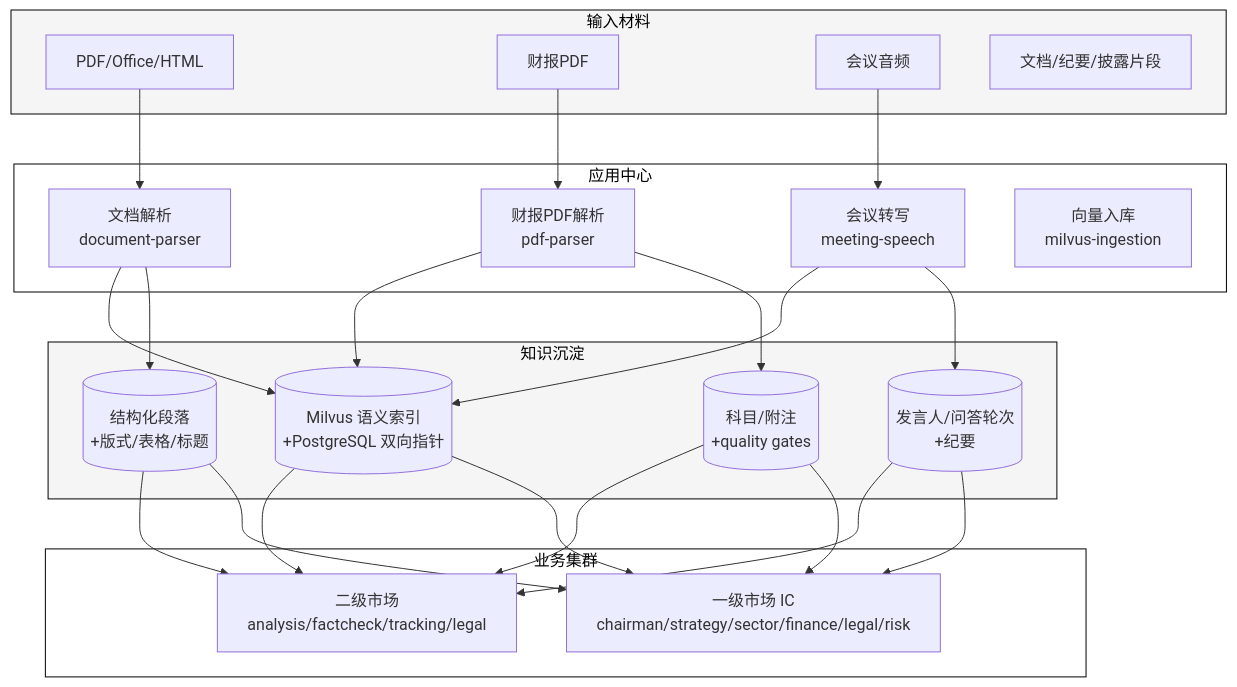
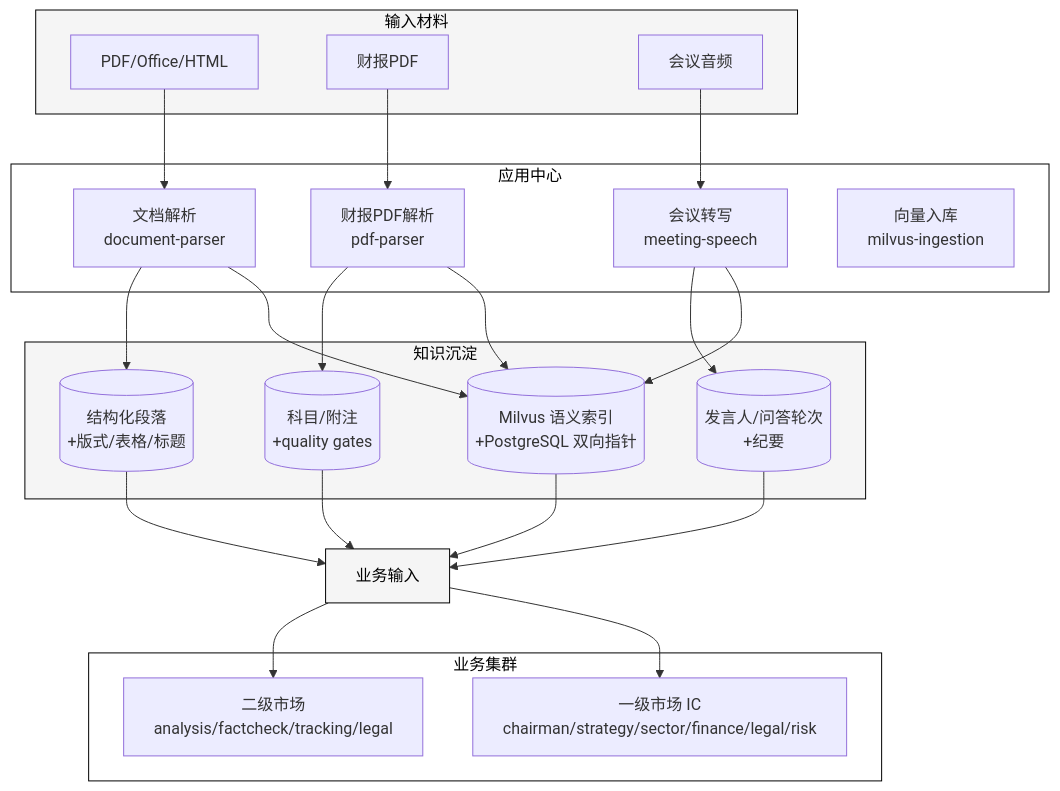
One commit to maoyadongsh/siq-research-engine changed the diagram in docs/site/architecture/app-center.md. Above: the diagram before and after it, drawn with Mermaid. The commit also changed 7 other files, not shown here.

````diff
--- a/docs/site/architecture/app-center.md
+++ b/docs/site/architecture/app-center.md
@@ -16,42 +16,49 @@
 ```mermaid
 graph TB
     subgraph Inputs["输入材料"]
         I1[PDF/Office/HTML]
         I2[财报PDF]
         I3[会议音频]
-        I4[文档/纪要/披露片段]
     end
 
     subgraph AppCenter["应用中心"]
         A1[文档解析<br/>document-parser]
         A2[财报PDF解析<br/>pdf-parser]
         A3[会议转写<br/>meeting-speech]
         A4[向量入库<br/>milvus-ingestion]
     end
 
     subgraph Storage["知识沉淀"]
         S1[(结构化段落<br/>+版式/表格/标题)]
         S2[(科目/附注<br/>+quality gates)]
         S3[(发言人/问答轮次<br/>+纪要)]
         S4[(Milvus 语义索引<br/>+PostgreSQL 双向指针)]
     end
 
     subgraph Consumers["业务集群"]
         C1[二级市场<br/>analysis/factcheck/tracking/legal]
         C2[一级市场 IC<br/>chairman/strategy/sector/finance/legal/risk]
     end
 
     I1 --> A1
     I2 --> A2
     I3 --> A3
-    A1 & A2 & A3 --> S4
     A1 --> S1
+    A1 --> S4
     A2 --> S2
+    A2 --> S4
     A3 --> S3
-    S1 & S2 & S3 & S4 --> C1 & C2
+    A3 --> S4
+    S1 --> BizMerged[业务输入]
+    S2 --> BizMerged
+    S3 --> BizMerged
+    S4 --> BizMerged
+    BizMerged --> C1
+    BizMerged --> C2
 
     style Inputs fill:#f5f5f5,stroke:#000,color:#000
     style AppCenter fill:#fff,stroke:#000,color:#000
     style Storage fill:#f5f5f5,stroke:#000,color:#000
     style Consumers fill:#fff,stroke:#000,color:#000
+    style BizMerged fill:#f5f5f5,stroke:#000,color:#000
 ```
````
